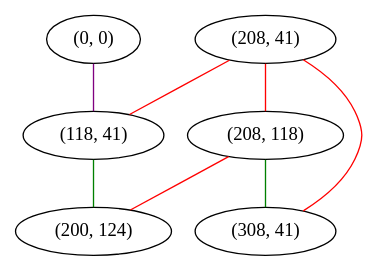
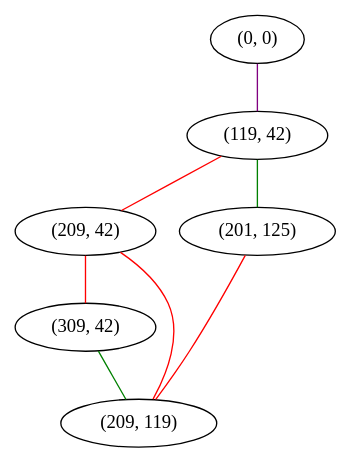
Before and after one commit to FelixMcFelix/sip-for-cv-paper: the diagram in graphviz/open-sans/B-up.gv, drawn with Graphviz. The commit also changed 555006 other files, not shown here.

```diff
--- a/graphviz/open-sans/B-up.gv
+++ b/graphviz/open-sans/B-up.gv
@@ -1,15 +1,15 @@
 graph "" {
 "(0, 0)";
-"(208, 41)";
-"(208, 118)";
-"(118, 41)";
-"(308, 41)";
-"(200, 124)";
-"(0, 0)" -- "(118, 41)"  [color=purple, key=0, weight=4];
-"(208, 41)" -- "(208, 118)"  [color=red, key=0, weight=1];
-"(208, 41)" -- "(118, 41)"  [color=red, key=0, weight=1];
-"(208, 41)" -- "(308, 41)"  [color=red, key=0, weight=1];
-"(208, 118)" -- "(308, 41)"  [color=green, key=0, weight=2];
-"(208, 118)" -- "(200, 124)"  [color=red, key=0, weight=1];
-"(118, 41)" -- "(200, 124)"  [color=green, key=0, weight=2];
+"(119, 42)";
+"(209, 42)";
+"(201, 125)";
+"(309, 42)";
+"(209, 119)";
+"(0, 0)" -- "(119, 42)"  [color=purple, key=0, weight=4];
+"(119, 42)" -- "(209, 42)"  [color=red, key=0, weight=1];
+"(119, 42)" -- "(201, 125)"  [color=green, key=0, weight=2];
+"(209, 42)" -- "(309, 42)"  [color=red, key=0, weight=1];
+"(209, 42)" -- "(209, 119)"  [color=red, key=0, weight=1];
+"(201, 125)" -- "(209, 119)"  [color=red, key=0, weight=1];
+"(309, 42)" -- "(209, 119)"  [color=green, key=0, weight=2];
 }
```
